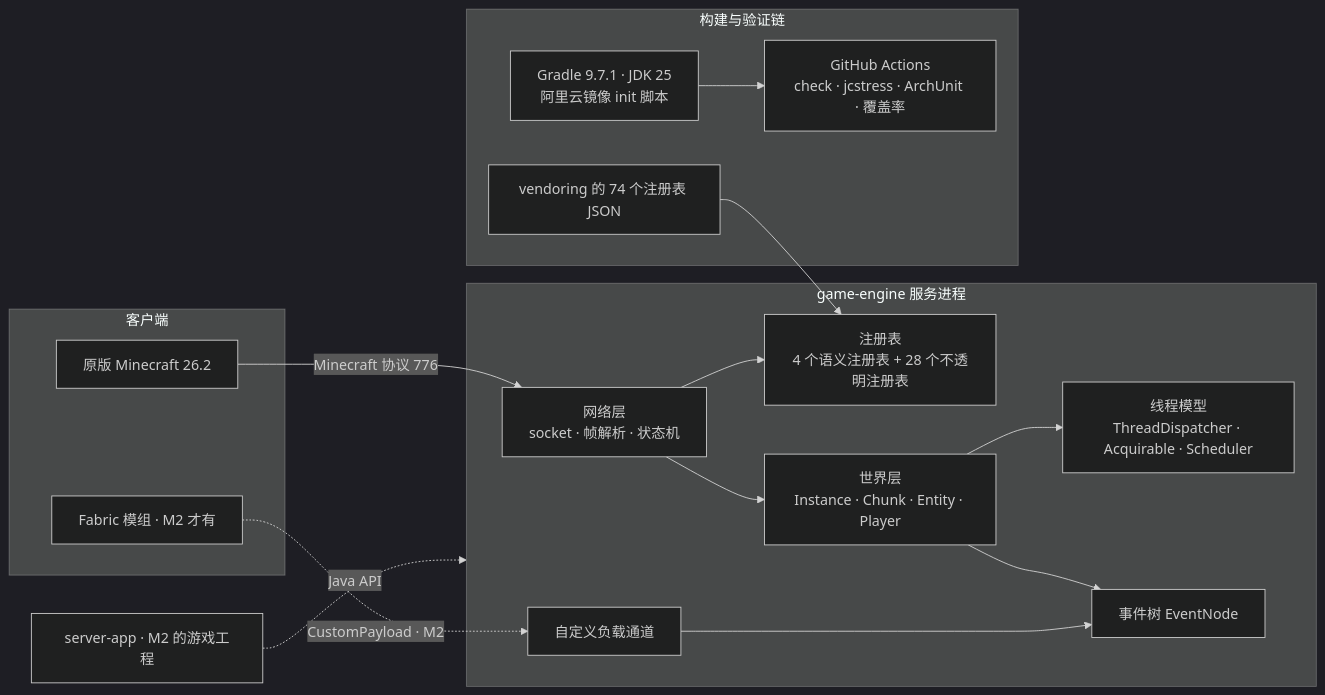
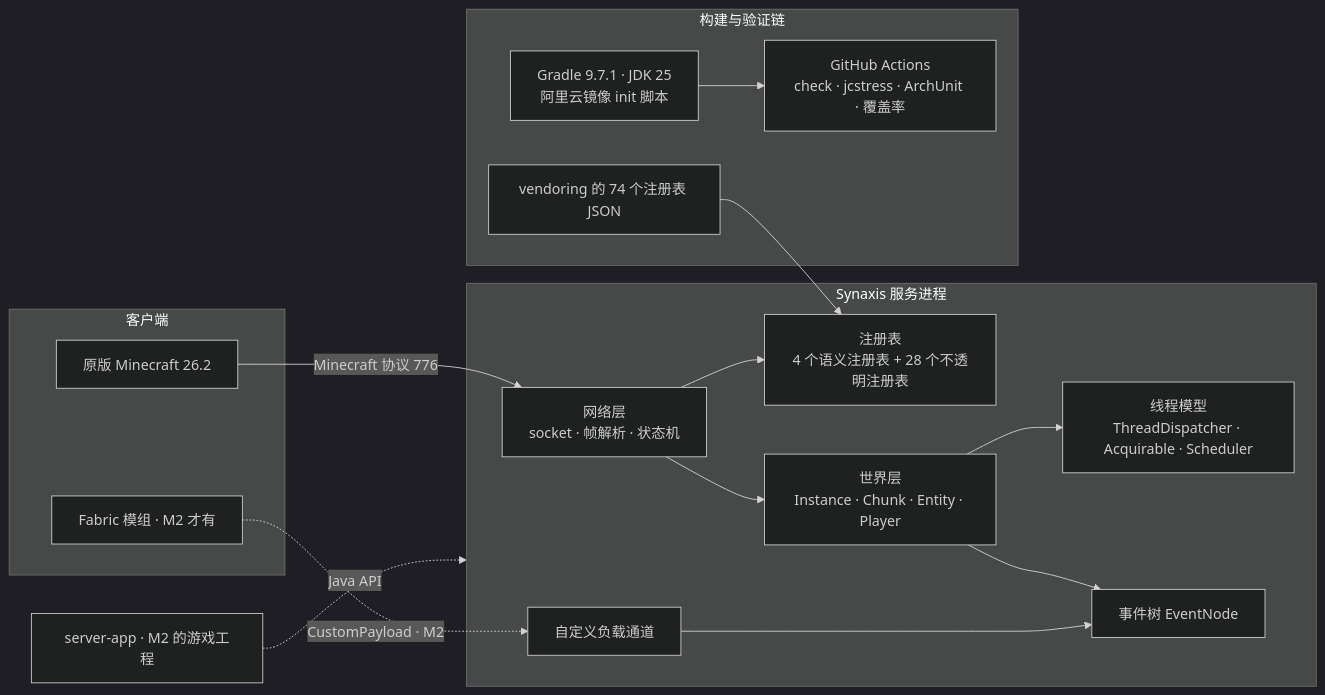
One commit to Bearisbug/synaxis changed the first of 5 diagrams in docs/DESIGN.md. Above: the diagram before and after it, drawn with Mermaid (dark theme). The commit also changed other lines of this file and 2984 other files, not shown here.

First line of the commit message:
refactor: rename project game-engine -> synaxis

````diff
--- a/docs/DESIGN.md
+++ b/docs/DESIGN.md
@@ -102,30 +103,30 @@
 ```mermaid
 flowchart LR
   subgraph client[客户端]
     vanilla[原版 Minecraft 26.2]
     fabric[Fabric 模组 · M2 才有]
   end
-  subgraph engine[game-engine 服务进程]
+  subgraph engine[Synaxis 服务进程]
     net[网络层<br/>socket · 帧解析 · 状态机]
     reg[注册表<br/>4 个语义注册表 + 28 个不透明注册表]
     world[世界层<br/>Instance · Chunk · Entity · Player]
     tick[线程模型<br/>ThreadDispatcher · Acquirable · Scheduler]
     ev[事件树 EventNode]
     payload[自定义负载通道]
   end
   subgraph build[构建与验证链]
     gradle[Gradle 9.7.1 · JDK 25<br/>阿里云镜像 init 脚本]
     ci[GitHub Actions<br/>check · jcstress · ArchUnit · 覆盖率]
     data[vendoring 的 74 个注册表 JSON]
   end
   vanilla -- "Minecraft 协议 776" --> net
   fabric -. "CustomPayload · M2" .-> payload
   net --> reg
   net --> world
   world --> tick
   world --> ev
   payload --> ev
   data --> reg
   gradle --> ci
   serverapp[server-app · M2 的游戏工程] -. "Java API" .-> engine
 ```
````
